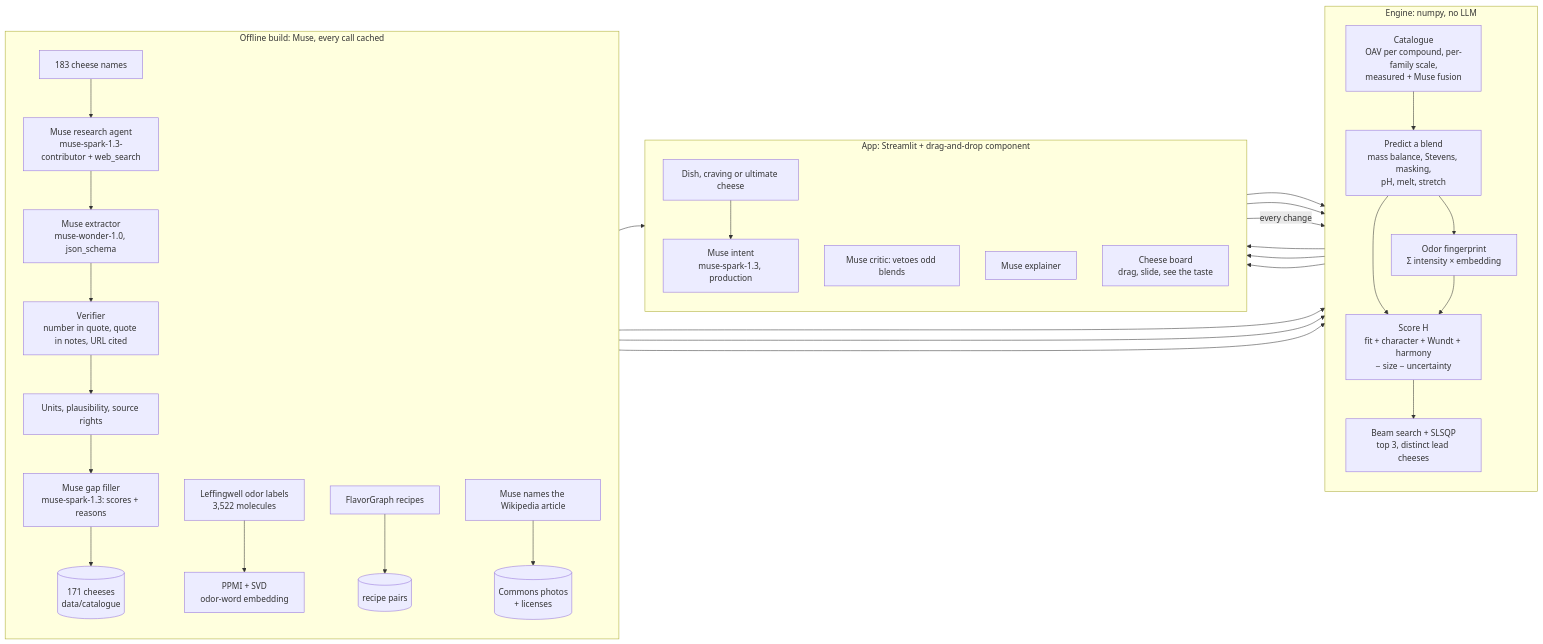
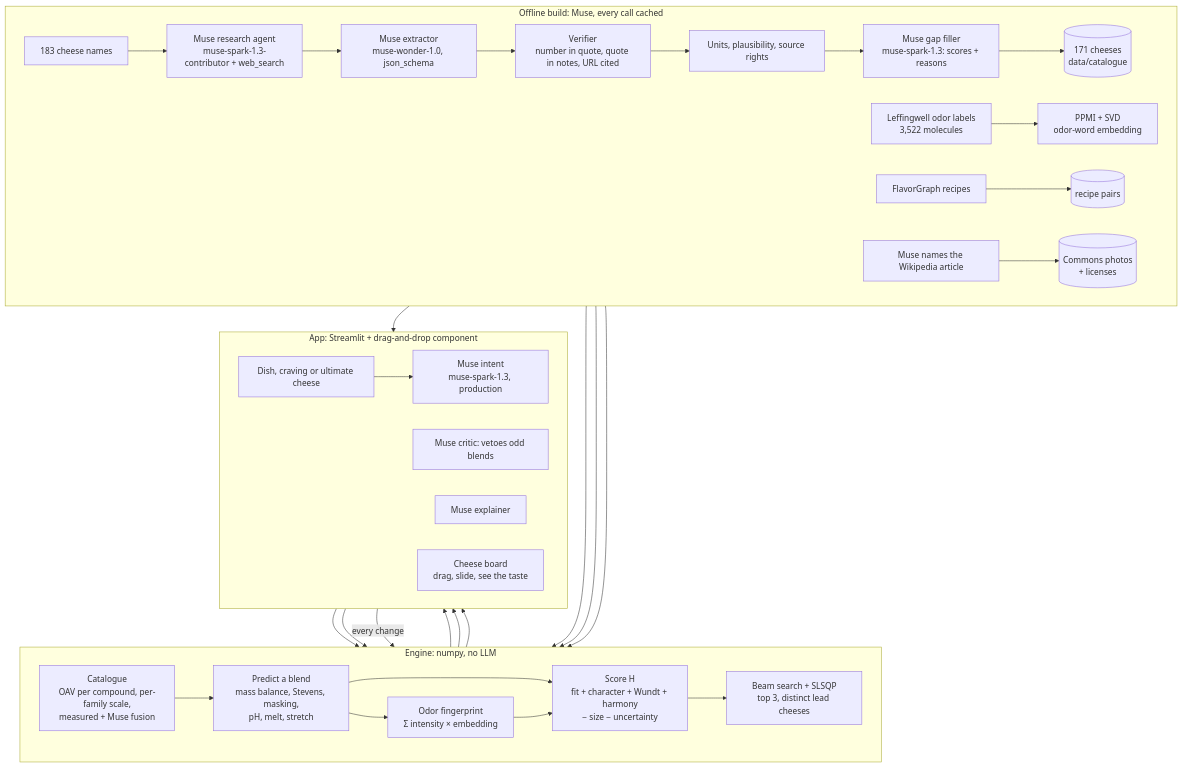
The diagram in README.md (RedR25/cheeseblend), drawn with Mermaid before and after one commit. The commit also changed 2 other files, not shown here.

Commit message:
Add real cheese photos (Wikimedia Commons, credited), stacked architecture diagram

````diff
--- a/README.md
+++ b/README.md
@@ -28,39 +28,39 @@
 ```mermaid
-flowchart LR
+flowchart TB
   subgraph OFF["Offline build: Muse, every call cached"]
-    direction TB
+    direction LR
     L["183 cheese names"] --> R["Muse research agent<br/>muse-spark-1.3-contributor + web_search"]
     R --> X["Muse extractor<br/>muse-wonder-1.0, json_schema"]
     X --> V["Verifier<br/>number in quote, quote in notes, URL cited"]
     V --> U["Units, plausibility, source rights"]
     U --> G["Muse gap filler<br/>muse-spark-1.3: scores + reasons"]
     G --> K[("171 cheeses<br/>data/catalogue")]
     LF["Leffingwell odor labels<br/>3,522 molecules"] --> EM["PPMI + SVD<br/>odor-word embedding"]
     FG["FlavorGraph recipes"] --> RP[("recipe pairs")]
     WK["Muse names the Wikipedia article"] --> PH[("Commons photos<br/>+ licenses")]
   end
   subgraph ENG["Engine: numpy, no LLM"]
-    direction TB
+    direction LR
     CAT["Catalogue<br/>OAV per compound, per-family scale,<br/>measured + Muse fusion"] --> PRED["Predict a blend<br/>mass balance, Stevens, masking,<br/>pH, melt, stretch"]
     PRED --> FP["Odor fingerprint<br/>Σ intensity × embedding"]
     PRED --> SC["Score H<br/>fit + character + Wundt + harmony<br/>− size − uncertainty"]
     FP --> SC
     SC --> OPT["Beam search + SLSQP<br/>top 3, distinct lead cheeses"]
   end
   subgraph APP["App: Streamlit + drag-and-drop component"]
-    direction TB
+    direction LR
     IN["Dish, craving or ultimate cheese"] --> INT["Muse intent<br/>muse-spark-1.3, production"]
     CRI["Muse critic: vetoes odd blends"]
     EXP["Muse explainer"]
     BRD["Cheese board<br/>drag, slide, see the taste"]
   end
   K --> CAT
   EM --> CAT
   RP --> CAT
   INT --> OPT
   OPT --> CRI --> OPT
   OPT --> EXP
   OPT --> BRD
   BRD -->|every change| PRED
   PH --> BRD
 ```
````
